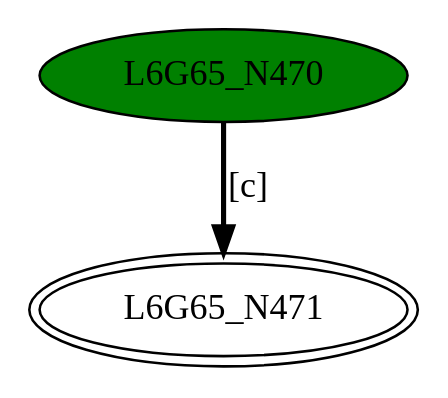
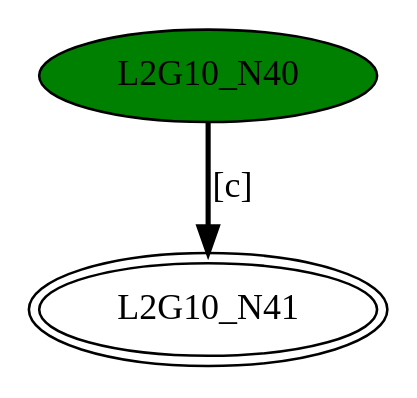
One commit to GDimitroulakos/EDUFLEX changed the diagram in DFASimulator/Testbench/BasicChar_[c].dot. Above: the diagram before and after it, drawn with Graphviz. The commit also changed 216 other files, not shown here.

```diff
--- a/DFASimulator/Testbench/BasicChar_[c].dot
+++ b/DFASimulator/Testbench/BasicChar_[c].dot
@@ -1,5 +1,5 @@
-digraph G65{
-"L6G65_N470" [style=filled,fillcolor=green];
-"L6G65_N471" [peripheries=2];
-"L6G65_N470"->"L6G65_N471" [style = bold, label = "[c]"];
+digraph G10{
+"L2G10_N40" [style=filled,fillcolor=green];
+"L2G10_N41" [peripheries=2];
+"L2G10_N40"->"L2G10_N41" [style = bold, label = "[c]"];
 }
```
